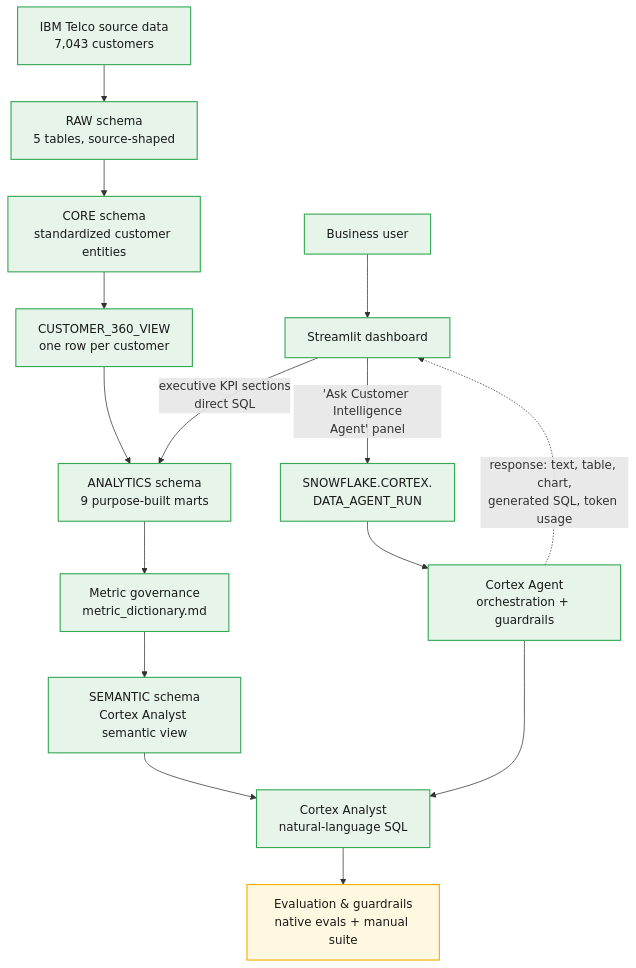
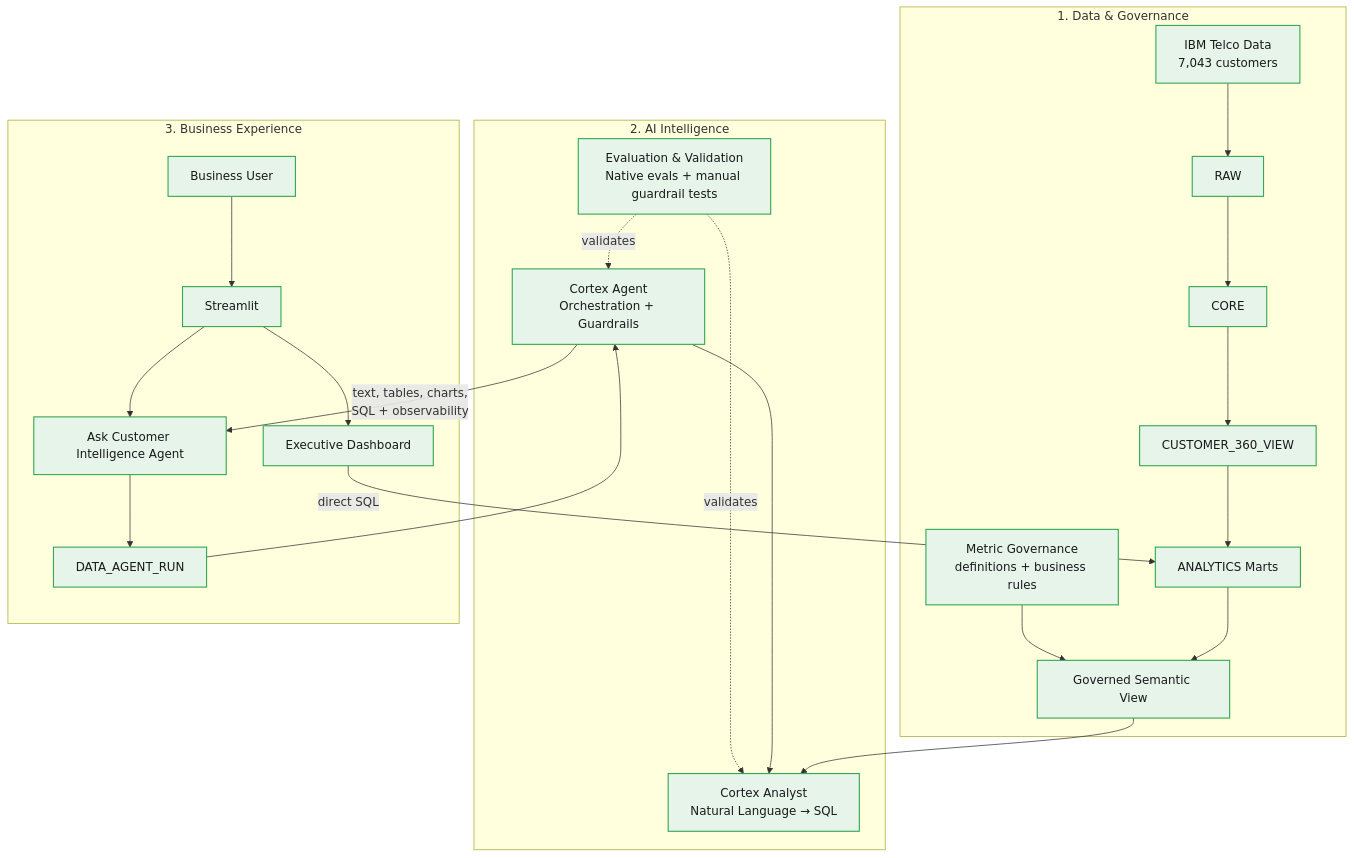
The diagram in README.md (JuanjoChiarellaR/customer-intelligence-analytics-platform), drawn with Mermaid before and after one commit. The commit also changed other lines of this file and 1 other file, not shown here.

Commit message:
docs: align architecture diagrams and validation model

````diff
--- a/README.md
+++ b/README.md
@@ -84,21 +84,41 @@
 ```mermaid
-flowchart TD
-    A["IBM Telco source data<br/>7,043 customers"]:::done --> B["RAW schema<br/>5 tables, source-shaped"]:::done
-    B --> C["CORE schema<br/>standardized customer entities"]:::done
-    C --> D["CUSTOMER_360_VIEW<br/>one row per customer"]:::done
-    D --> E["ANALYTICS schema<br/>9 purpose-built marts"]:::done
-    E --> F["Metric governance<br/>metric_dictionary.md"]:::done
-    F --> G["SEMANTIC schema<br/>Cortex Analyst semantic view"]:::done
-    G --> H["Cortex Analyst<br/>natural-language SQL"]:::done
-    H --> I["Evaluation & guardrails<br/>native evals + manual suite"]:::partial
+flowchart TB
 
-    U["Business user"]:::done --> S["Streamlit dashboard"]:::done
-    S -->|"executive KPI sections<br/>direct SQL"| E
-    S -->|"'Ask Customer Intelligence<br/>Agent' panel"| R["SNOWFLAKE.CORTEX.<br/>DATA_AGENT_RUN"]:::done
-    R --> J["Cortex Agent<br/>orchestration + guardrails"]:::done
-    J --> H
-    J -.->|"response: text, table, chart,<br/>generated SQL, token usage"| S
+    subgraph DATA["1. Data & Governance"]
+        A["IBM Telco Data<br/>7,043 customers"] --> B["RAW"]
+        B --> C["CORE"]
+        C --> D["CUSTOMER_360_VIEW"]
+        D --> E["ANALYTICS Marts"]
+        E --> F["Governed Semantic View"]
+
+        M["Metric Governance<br/>definitions + business rules"] --> F
+    end
+
+    subgraph AI["2. AI Intelligence"]
+        F --> H["Cortex Analyst<br/>Natural Language → SQL"]
+
+        J["Cortex Agent<br/>Orchestration + Guardrails"] --> H
+
+        Q["Evaluation & Validation<br/>Native evals + manual guardrail tests"]
+
+        Q -.->|"validates"| H
+        Q -.->|"validates"| J
+    end
+
+    subgraph UX["3. Business Experience"]
+        U["Business User"] --> S["Streamlit"]
+
+        S --> K["Executive Dashboard"]
+        K -->|"direct SQL"| E
+
+        S --> L["Ask Customer Intelligence Agent"]
+        L --> R["DATA_AGENT_RUN"]
+        R --> J
+
+        J -->|"text, tables, charts,<br/>SQL + observability"| L
+    end
 
     classDef done fill:#e6f4ea,stroke:#34a853,stroke-width:1.5px,color:#1a1a1a;
-    classDef partial fill:#fff8e1,stroke:#f9ab00,stroke-width:1.5px,color:#1a1a1a;
+
+    class A,B,C,D,E,F,M,H,J,Q,U,S,K,L,R done;
 ```
````
